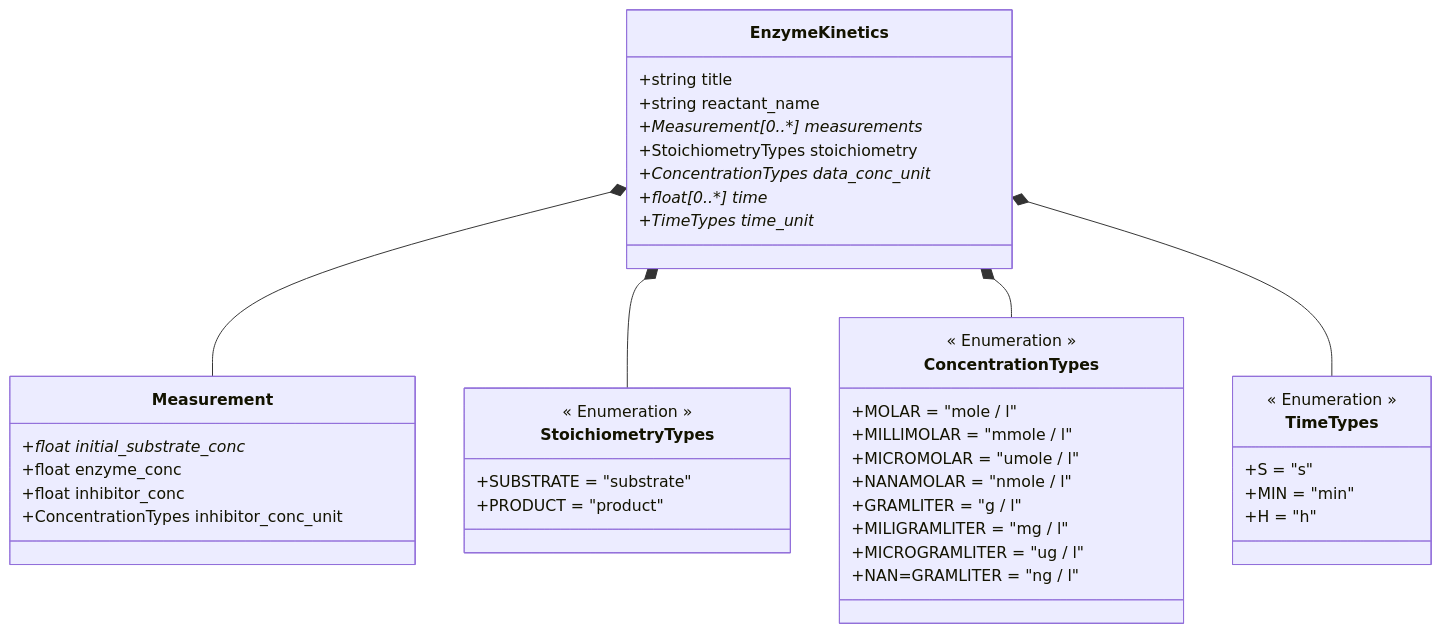
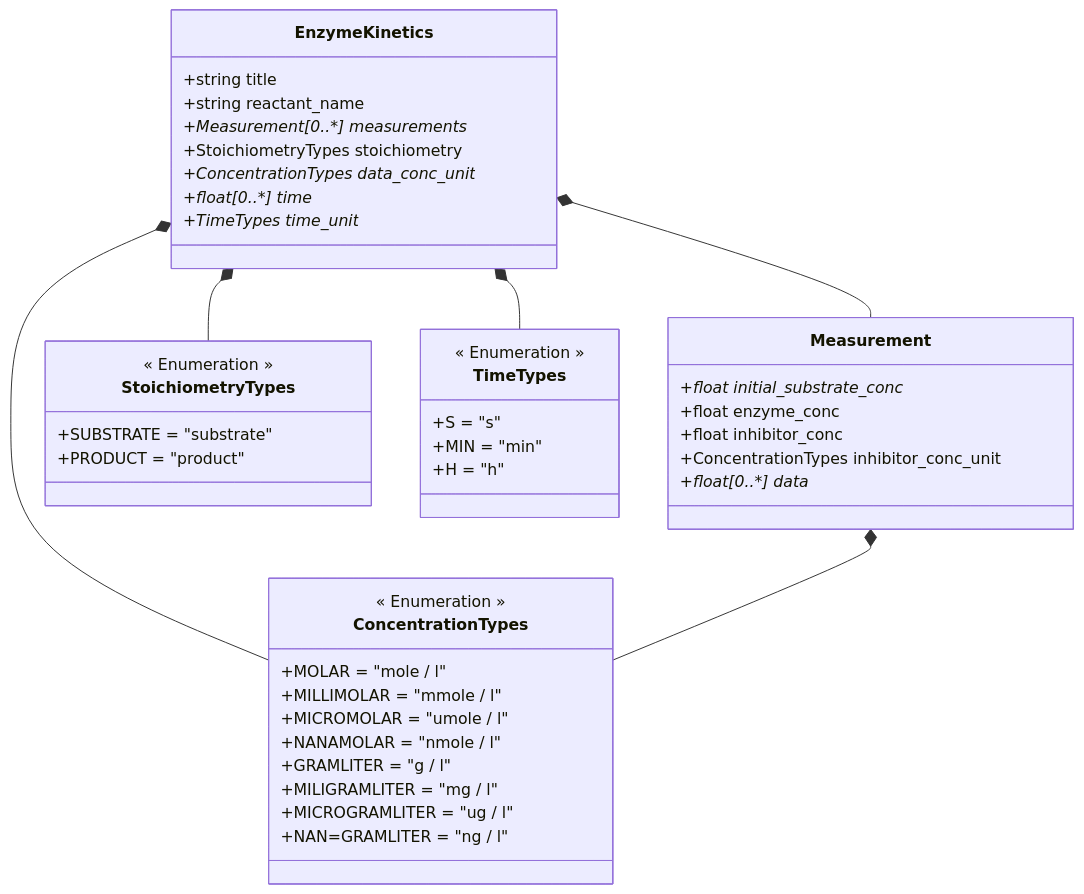
One commit to FAIRChemistry/EnzymePynetics changed the diagram in EnzymeKinetics/schemes/EnzymeKineticsDatamodel.md. Above: the diagram before and after it, drawn with Mermaid. The commit also changed 3 other files, not shown here.

````diff
--- a/EnzymeKinetics/schemes/EnzymeKineticsDatamodel.md
+++ b/EnzymeKinetics/schemes/EnzymeKineticsDatamodel.md
@@ -1,50 +1,52 @@
 ```mermaid
 classDiagram
     EnzymeKinetics *-- Measurement
     EnzymeKinetics *-- StoichiometryTypes
     EnzymeKinetics *-- ConcentrationTypes
     EnzymeKinetics *-- TimeTypes
+    Measurement *-- ConcentrationTypes
     
     class EnzymeKinetics {
         +string title
         +string reactant_name
         +Measurement[0..*] measurements*
         +StoichiometryTypes stoichiometry
         +ConcentrationTypes data_conc_unit*
         +float[0..*] time*
         +TimeTypes time_unit*
     }
     
     class Measurement {
         +float initial_substrate_conc*
         +float enzyme_conc
         +float inhibitor_conc
         +ConcentrationTypes inhibitor_conc_unit
+        +float[0..*] data*
     }
     
     class StoichiometryTypes {
         << Enumeration >>
         +SUBSTRATE = "substrate"
         +PRODUCT = "product"
     }
     
     class ConcentrationTypes {
         << Enumeration >>
         +MOLAR = "mole / l"
         +MILLIMOLAR = "mmole / l"
         +MICROMOLAR = "umole / l"
         +NANAMOLAR = "nmole / l"
         +GRAMLITER = "g / l"
         +MILIGRAMLITER = "mg / l"
         +MICROGRAMLITER = "ug / l"
         +NAN=GRAMLITER = "ng / l"
     }
     
     class TimeTypes {
         << Enumeration >>
         +S = "s"
         +MIN = "min"
         +H = "h"
     }
     
 ```
````
